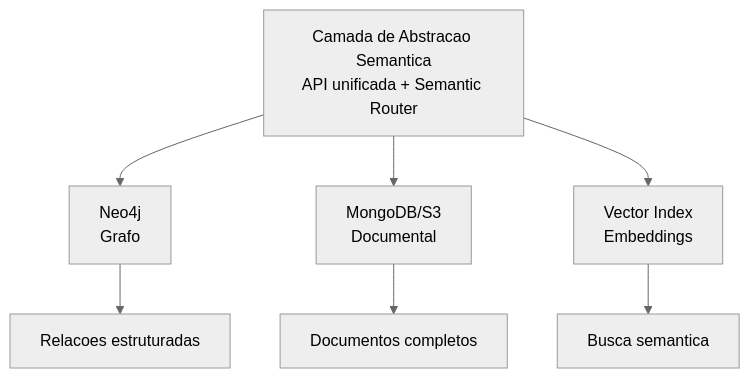
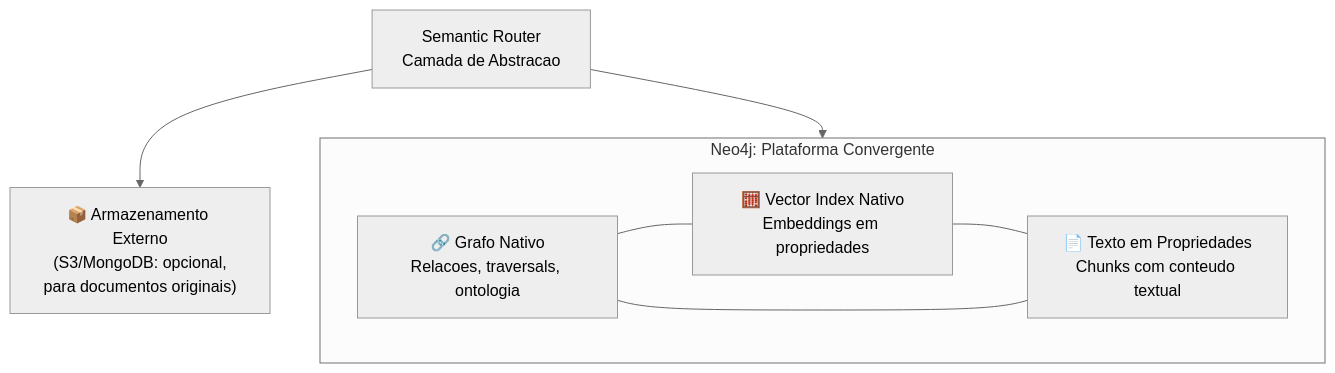
One commit to Trindade11/Teste changed the tenth of 27 diagrams in learning/livro_nivel2.md. Above: the diagram before and after it, drawn with Mermaid (neutral theme). The commit also changed other lines of this file and 5 other files, not shown here.

````diff
--- a/learning/livro_nivel2.md
+++ b/learning/livro_nivel2.md
@@ -2200,10 +2963,15 @@
 ```mermaid
 flowchart TB
-    R[Camada de Abstracao Semantica<br/>API unificada + Semantic Router]
-    R --> N[Neo4j<br/>Grafo]
-    R --> M[MongoDB/S3<br/>Documental]
-    R --> V[Vector Index<br/>Embeddings]
-    N --> N1[Relacoes estruturadas]
-    M --> M1[Documentos completos]
-    V --> V1[Busca semantica]
+    subgraph Neo4j["Neo4j: Plataforma Convergente"]
+        G["🔗 Grafo Nativo<br/>Relacoes, traversals, ontologia"]
+        V["🧮 Vector Index Nativo<br/>Embeddings em propriedades"]
+        T["📄 Texto em Propriedades<br/>Chunks com conteudo textual"]
+    end
+    
+    R[Semantic Router<br/>Camada de Abstracao] --> Neo4j
+    R --> E["📦 Armazenamento Externo<br/>(S3/MongoDB: opcional,<br/>para documentos originais)"]
+    
+    G --- V
+    V --- T
+    T --- G
 ```
````
